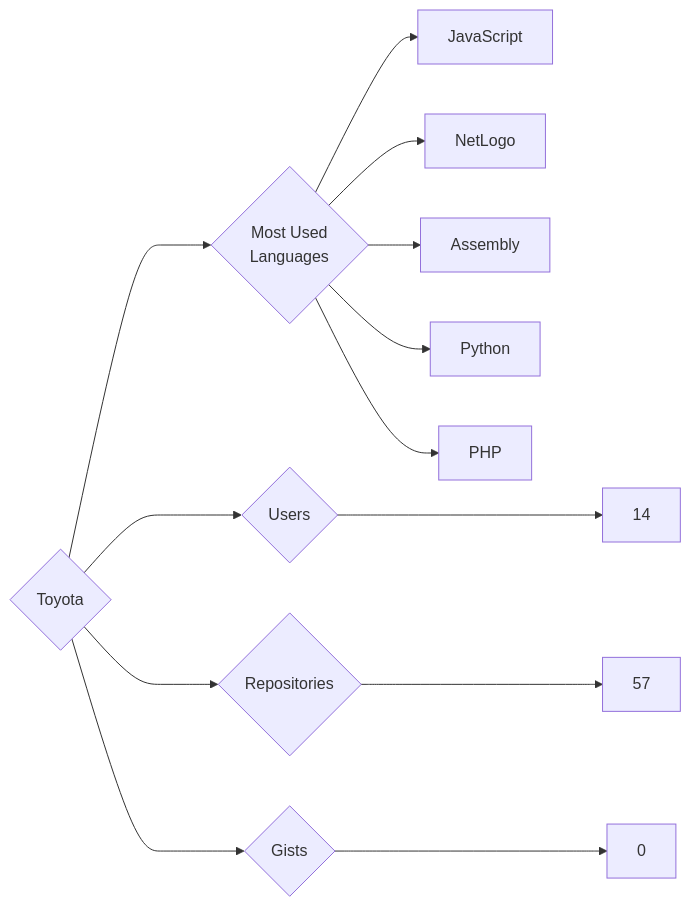
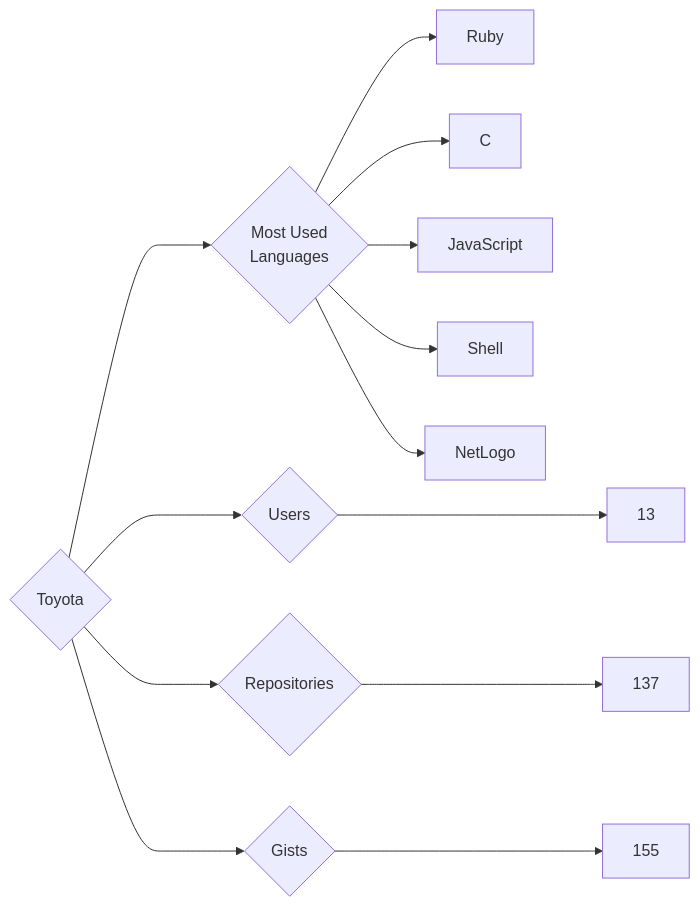
One commit to trickest/insiders changed the diagram in targets/Toyota/README.md. Above: the diagram before and after it, drawn with Mermaid. The commit also changed 886 other files, not shown here.

````diff
--- a/targets/Toyota/README.md
+++ b/targets/Toyota/README.md
@@ -3,13 +3,13 @@
 ```mermaid
 graph LR
 COMPANY_NAME{Toyota}
-COMPANY_NAME ---> U{Users} ---> UN[14]
-COMPANY_NAME ---> R{Repositories} ---> RN[57]
-COMPANY_NAME ---> G{Gists} ---> GN[0]
+COMPANY_NAME ---> U{Users} ---> UN[13]
+COMPANY_NAME ---> R{Repositories} ---> RN[137]
+COMPANY_NAME ---> G{Gists} ---> GN[155]
 COMPANY_NAME ---> ML{Most Used<br>Languages}
+ML --> Ruby[Ruby]
+ML --> C[C]
 ML --> JavaScript[JavaScript]
+ML --> Shell[Shell]
 ML --> NetLogo[NetLogo]
-ML --> Assembly[Assembly]
-ML --> Python[Python]
-ML --> PHP[PHP]
 ```
````
